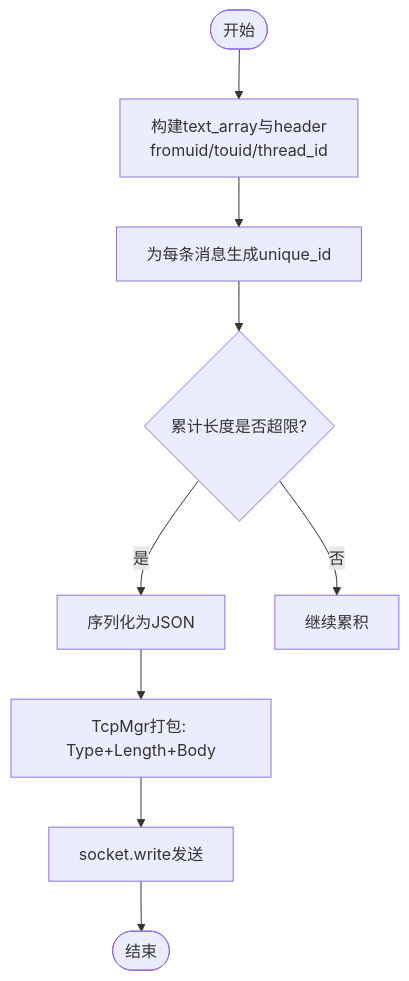
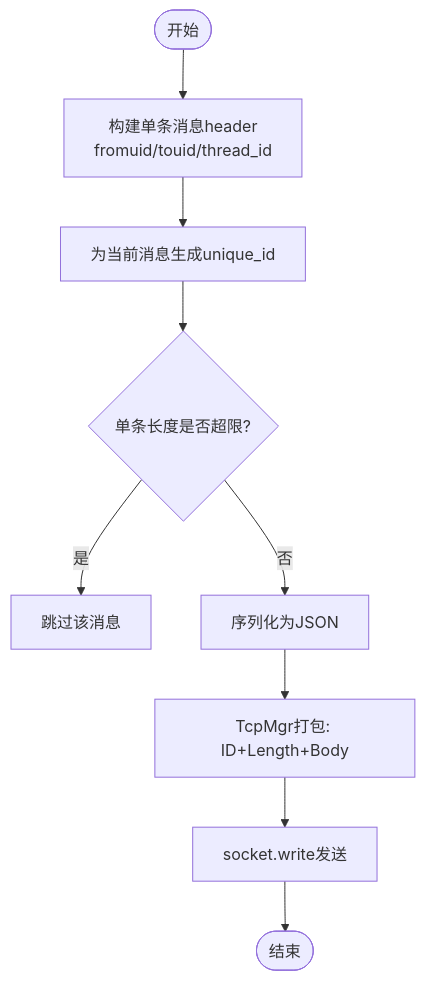
Before and after one commit to echo9923/mychatter: the third of 7 diagrams in .qoder/repowiki/zh/content/架构设计/数据流设计/聊天消息数据流/文本消息传输流程.md, drawn with Mermaid. The commit also changed other lines of this file and 132 other files, not shown here.

````diff
--- a/.qoder/repowiki/zh/content/架构设计/数据流设计/聊天消息数据流/文本消息传输流程.md
+++ b/.qoder/repowiki/zh/content/架构设计/数据流设计/聊天消息数据流/文本消息传输流程.md
@@ -170,11 +174,11 @@
 ```mermaid
 flowchart TD
-Start(["开始"]) --> Build["构建text_array与header<br/>fromuid/touid/thread_id"]
-Build --> GenUUID["为每条消息生成unique_id"]
-GenUUID --> CheckSize{"累计长度是否超限?"}
-CheckSize --> |是| Serialize["序列化为JSON"]
-CheckSize --> |否| Accumulate["继续累积"]
-Serialize --> Pack["TcpMgr打包: Type+Length+Body"]
+Start(["开始"]) --> Build["构建单条消息header<br/>fromuid/touid/thread_id"]
+Build --> GenUUID["为当前消息生成unique_id"]
+GenUUID --> CheckSize{"单条长度是否超限?"}
+CheckSize --> |是| Skip["跳过该消息"]
+CheckSize --> |否| Serialize["序列化为JSON"]
+Serialize --> Pack["TcpMgr打包: ID+Length+Body"]
 Pack --> Send["socket.write发送"]
 Send --> End(["结束"])
 ```
````
